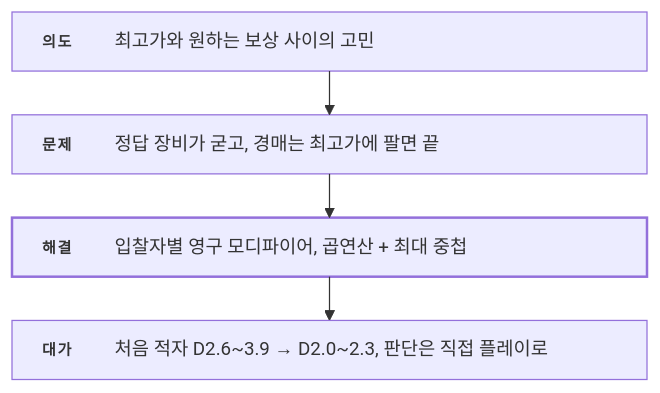
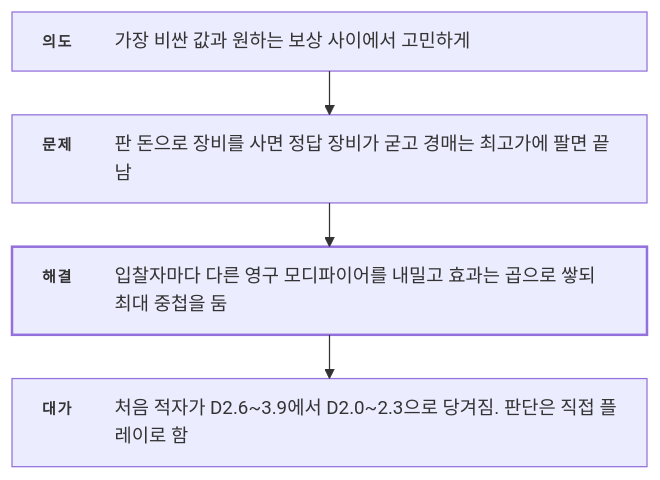
One commit to ashadeveloperr/ashadeveloperr.github.io changed diagram 11 of 12 in src/3-desert-settlement/기술문서.md. Above: the diagram before and after it, drawn with Mermaid. The commit also changed other lines of this file and 6 other files, not shown here.

````diff
--- a/src/3-desert-settlement/기술문서.md
+++ b/src/3-desert-settlement/기술문서.md
@@ -558,18 +607,18 @@
 ```mermaid
 ---
 config:
   layout: elk
   flowchart:
     wrappingWidth: 520
     padding: 12
 ---
 flowchart TB
   %% feature-flow — _local/flow-diagrams.py가 만듦
-  I["<div style='width:460px;display:flex;gap:14px;align-items:baseline;text-align:left;white-space:normal'><span style='flex:0 0 44px;padding-top:2px;font-size:12px;font-weight:700;letter-spacing:.12em;color:var(--accent-ink)'>의도</span><span style='flex:1;font-size:15px;line-height:1.55;color:var(--ink)'>최고가와 원하는 보상 사이의 고민</span></div>"]
-  P["<div style='width:460px;display:flex;gap:14px;align-items:baseline;text-align:left;white-space:normal'><span style='flex:0 0 44px;padding-top:2px;font-size:12px;font-weight:700;letter-spacing:.12em;color:var(--accent-ink)'>문제</span><span style='flex:1;font-size:15px;line-height:1.55;color:var(--ink)'>정답 장비가 굳고, 경매는 최고가에 팔면 끝</span></div>"]
-  S["<div style='width:460px;display:flex;gap:14px;align-items:baseline;text-align:left;white-space:normal'><span style='flex:0 0 44px;padding-top:2px;font-size:12px;font-weight:700;letter-spacing:.12em;color:var(--accent-ink)'>해결</span><span style='flex:1;font-size:15px;line-height:1.55;color:var(--ink)'>입찰자별 영구 모디파이어, 곱연산 + 최대 중첩</span></div>"]
-  R["<div style='width:460px;display:flex;gap:14px;align-items:baseline;text-align:left;white-space:normal'><span style='flex:0 0 44px;padding-top:2px;font-size:12px;font-weight:700;letter-spacing:.12em;color:var(--accent-ink)'>대가</span><span style='flex:1;font-size:15px;line-height:1.55;color:var(--ink)'>처음 적자 D2.6~3.9 → D2.0~2.3, 판단은 직접 플레이로</span></div>"]
+  I["<div style='width:460px;display:flex;gap:14px;align-items:baseline;text-align:left;white-space:normal'><span style='flex:0 0 44px;padding-top:2px;font-size:12px;font-weight:700;letter-spacing:.12em;color:var(--accent-ink)'>의도</span><span style='flex:1;font-size:15px;line-height:1.55;color:var(--ink)'>가장 비싼 값과 원하는 보상 사이에서 고민하게</span></div>"]
+  P["<div style='width:460px;display:flex;gap:14px;align-items:baseline;text-align:left;white-space:normal'><span style='flex:0 0 44px;padding-top:2px;font-size:12px;font-weight:700;letter-spacing:.12em;color:var(--accent-ink)'>문제</span><span style='flex:1;font-size:15px;line-height:1.55;color:var(--ink)'>판 돈으로 장비를 사면 정답 장비가 굳고 경매는 최고가에 팔면 끝남</span></div>"]
+  S["<div style='width:460px;display:flex;gap:14px;align-items:baseline;text-align:left;white-space:normal'><span style='flex:0 0 44px;padding-top:2px;font-size:12px;font-weight:700;letter-spacing:.12em;color:var(--accent-ink)'>해결</span><span style='flex:1;font-size:15px;line-height:1.55;color:var(--ink)'>입찰자마다 다른 영구 모디파이어를 내밀고 효과는 곱으로 쌓되 최대 중첩을 둠</span></div>"]
+  R["<div style='width:460px;display:flex;gap:14px;align-items:baseline;text-align:left;white-space:normal'><span style='flex:0 0 44px;padding-top:2px;font-size:12px;font-weight:700;letter-spacing:.12em;color:var(--accent-ink)'>대가</span><span style='flex:1;font-size:15px;line-height:1.55;color:var(--ink)'>처음 적자가 D2.6~3.9에서 D2.0~2.3으로 당겨짐. 판단은 직접 플레이로 함</span></div>"]
   I --> P --> S --> R
   classDef key stroke-width:2px
   class S key
 ```
````
